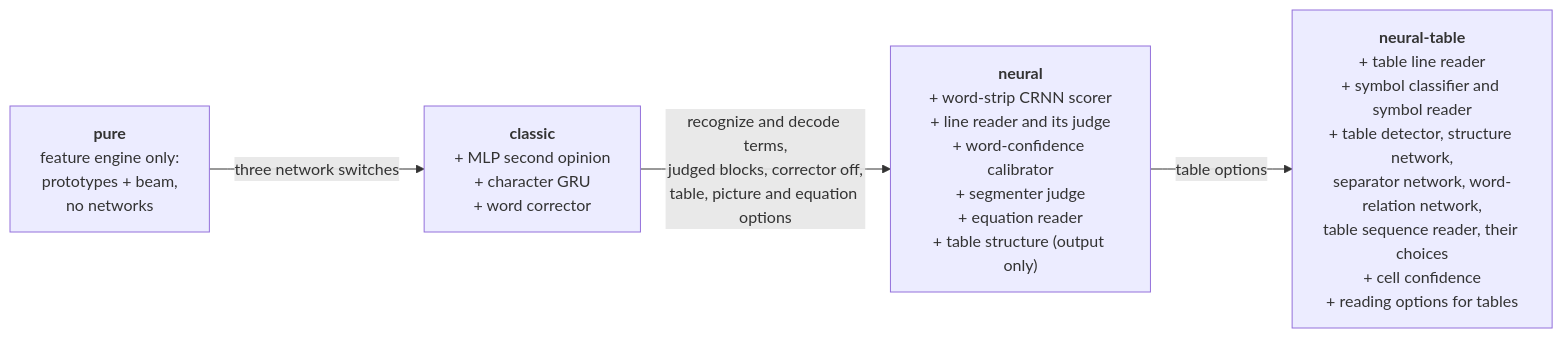
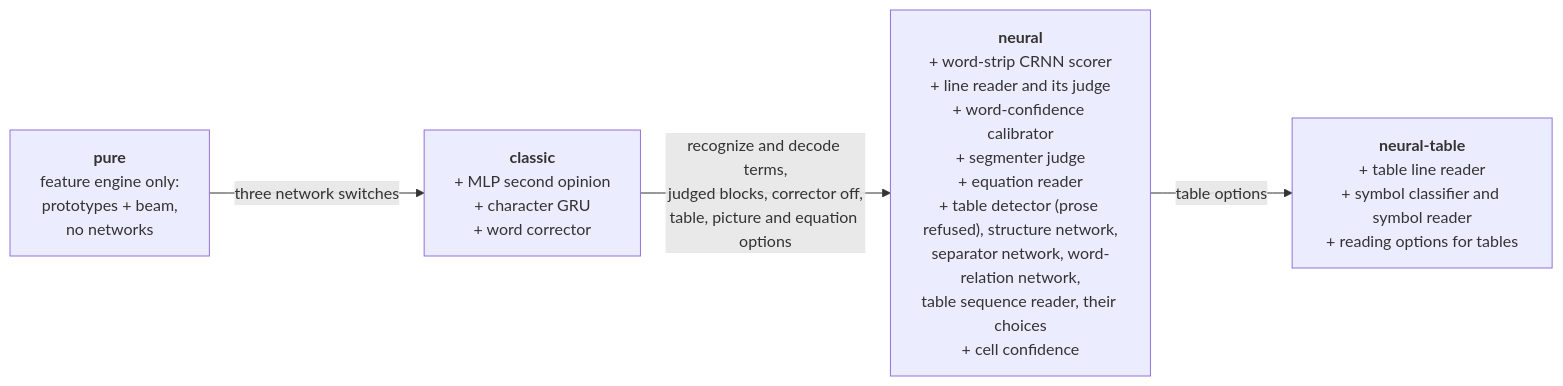
The sixth of 13 diagrams in docs/ARCHITECTURE.md (msharpe248/mlws-ocr), drawn with Mermaid before and after one commit. The commit also changed other lines of this file and 13 other files, not shown here.

````diff
--- a/docs/ARCHITECTURE.md
+++ b/docs/ARCHITECTURE.md
@@ -297,8 +297,8 @@
 ```mermaid
 flowchart LR
     pure["<b>pure</b><br/>feature engine only:<br/>prototypes + beam,<br/>no networks"]
     classic["<b>classic</b><br/>+ MLP second opinion<br/>+ character GRU<br/>+ word corrector"]
-    neural["<b>neural</b><br/>+ word-strip CRNN scorer<br/>+ line reader and its judge<br/>+ word-confidence calibrator<br/>+ segmenter judge<br/>+ equation reader<br/>+ table structure (output only)"]
-    table["<b>neural-table</b><br/>+ table line reader<br/>+ symbol classifier and symbol reader<br/>+ table detector, structure network,<br/>separator network, word-relation network,<br/>table sequence reader, their choices<br/>+ cell confidence<br/>+ reading options for tables"]
+    neural["<b>neural</b><br/>+ word-strip CRNN scorer<br/>+ line reader and its judge<br/>+ word-confidence calibrator<br/>+ segmenter judge<br/>+ equation reader<br/>+ table detector (prose refused), structure network,<br/>separator network, word-relation network,<br/>table sequence reader, their choices<br/>+ cell confidence"]
+    table["<b>neural-table</b><br/>+ table line reader<br/>+ symbol classifier and symbol reader<br/>+ reading options for tables"]
     pure -->|three network switches| classic -->|recognize and decode terms,<br/>judged blocks, corrector off,<br/>table, picture and equation options| neural -->|table options| table
 ```
````
